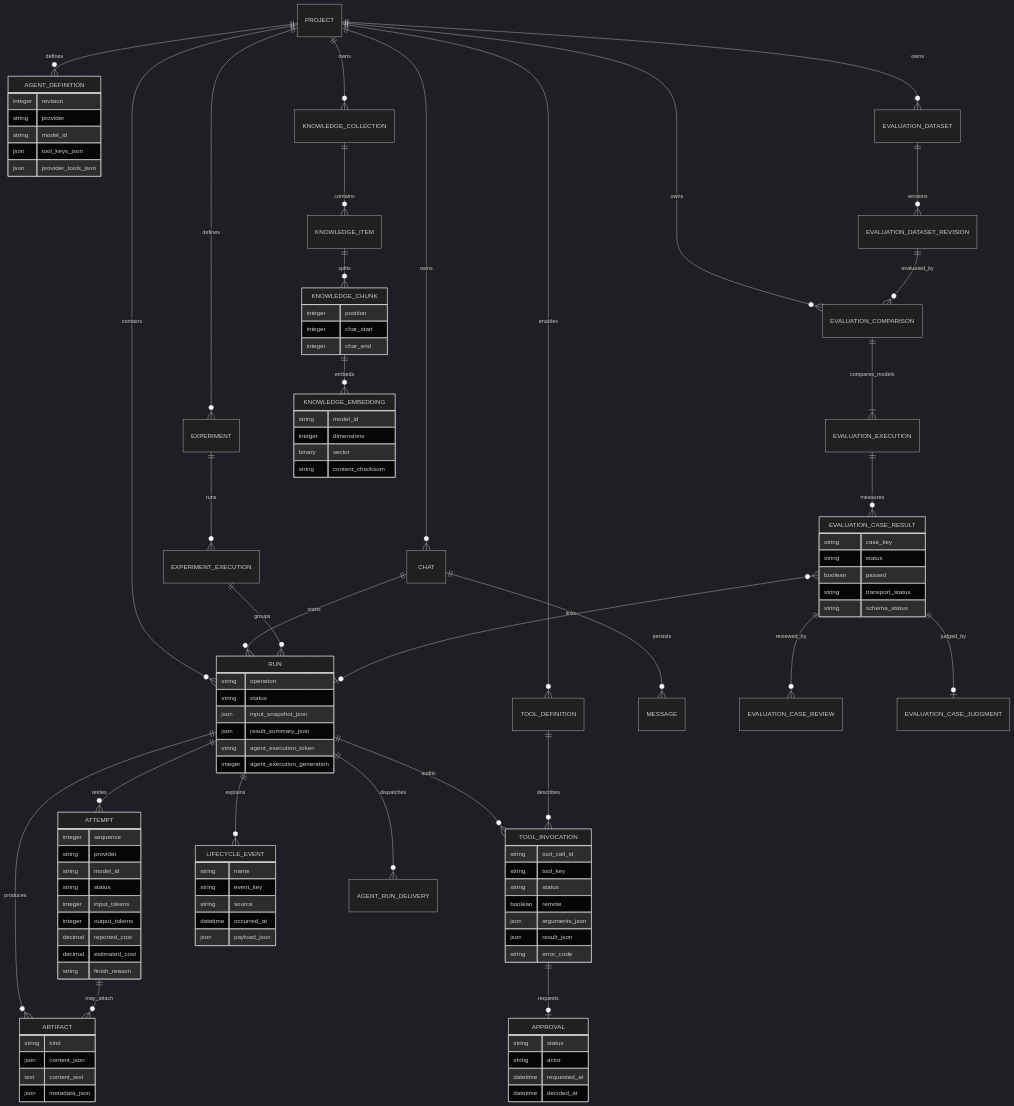
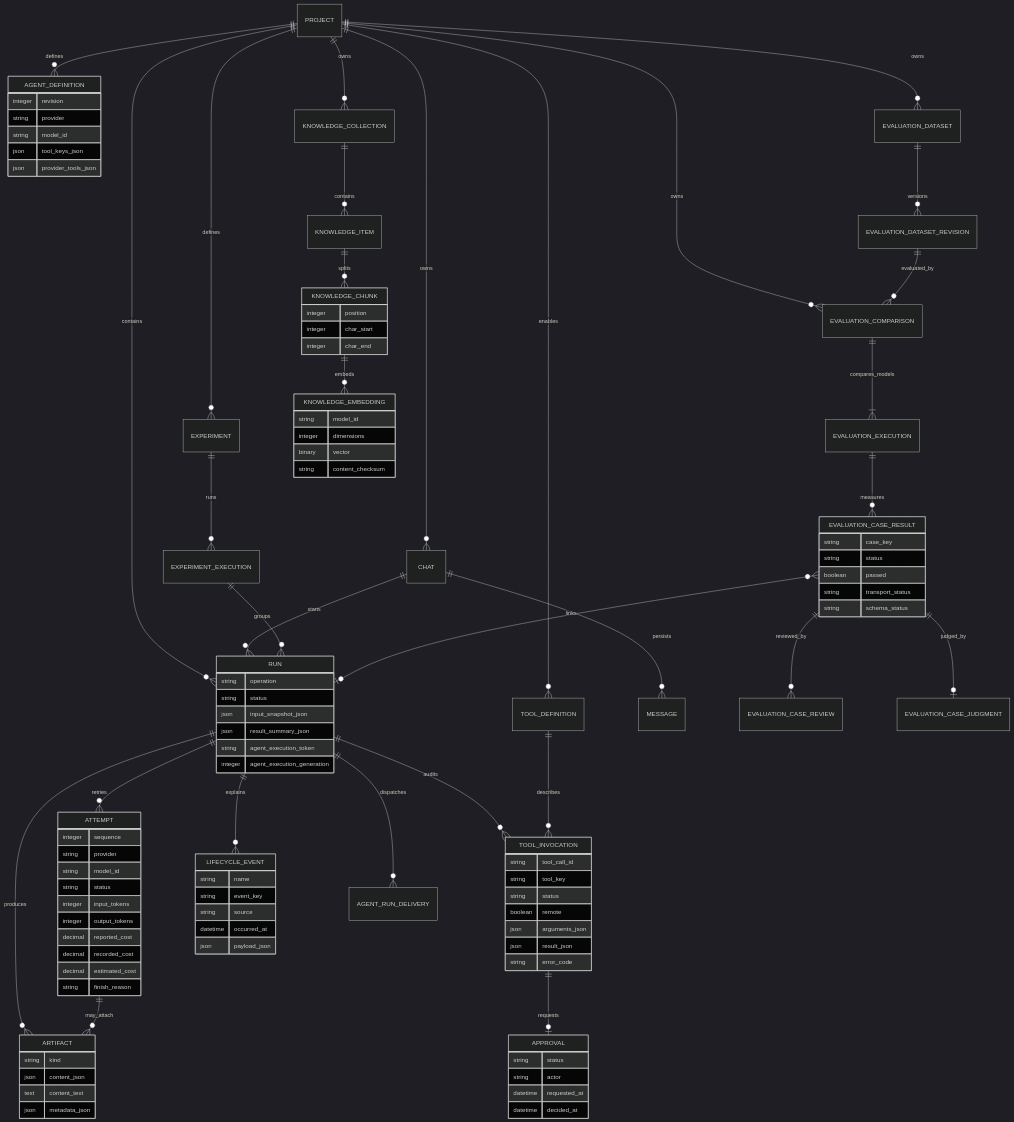
The third of 10 diagrams in docs/ARCHITECTURE.md (yorzi/rubyllm-workbench), drawn with Mermaid (dark theme) before and after one commit. The commit also changed other lines of this file and 69 other files, not shown here.

```diff
--- a/docs/ARCHITECTURE.md
+++ b/docs/ARCHITECTURE.md
@@ -185,6 +188,7 @@
         integer input_tokens
         integer output_tokens
         decimal reported_cost
+        decimal recorded_cost
         decimal estimated_cost
         string finish_reason
     }
```
